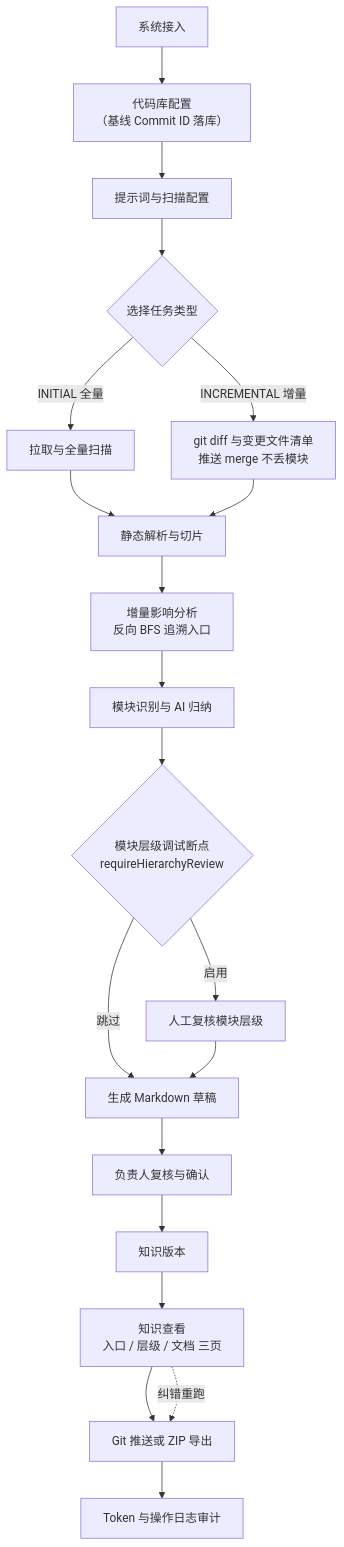
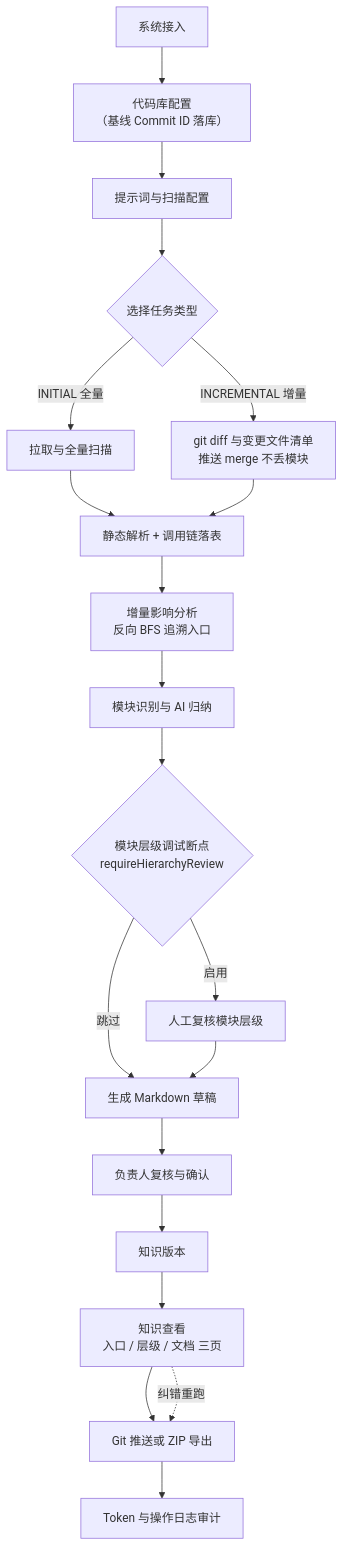
The diagram in CLAUDE.md (sky244720347/CodeInsightPlatform), drawn with Mermaid before and after one commit. The commit also changed other lines of this file and 76 other files, not shown here.

````diff
--- a/CLAUDE.md
+++ b/CLAUDE.md
@@ -64,19 +64,19 @@
 ```mermaid
 flowchart TD
     A[系统接入] --> B[代码库配置<br/>（基线 Commit ID 落库）] --> C[提示词与扫描配置]
     C --> D{选择任务类型}
     D -- INITIAL 全量 --> E[拉取与全量扫描]
     D -- INCREMENTAL 增量 --> E2[git diff 与变更文件清单<br/>推送 merge 不丢模块]
-    E --> F[静态解析与切片]
+    E --> F[静态解析 + 调用链落表]
     E2 --> F
     F --> F0[增量影响分析<br/>反向 BFS 追溯入口]
     F0 --> G[模块识别与 AI 归纳]
     G --> H{模块层级调试断点<br/>requireHierarchyReview}
     H -- 启用 --> I[人工复核模块层级]
     H -- 跳过 --> J[生成 Markdown 草稿]
     I --> J
     J --> K[负责人复核与确认] --> L[知识版本]
     L --> L2[知识查看<br/>入口 / 层级 / 文档 三页]
     L2 --> M[Git 推送或 ZIP 导出] --> N[Token 与操作日志审计]
     L2 -.纠错重跑.-> M
 ```
````
